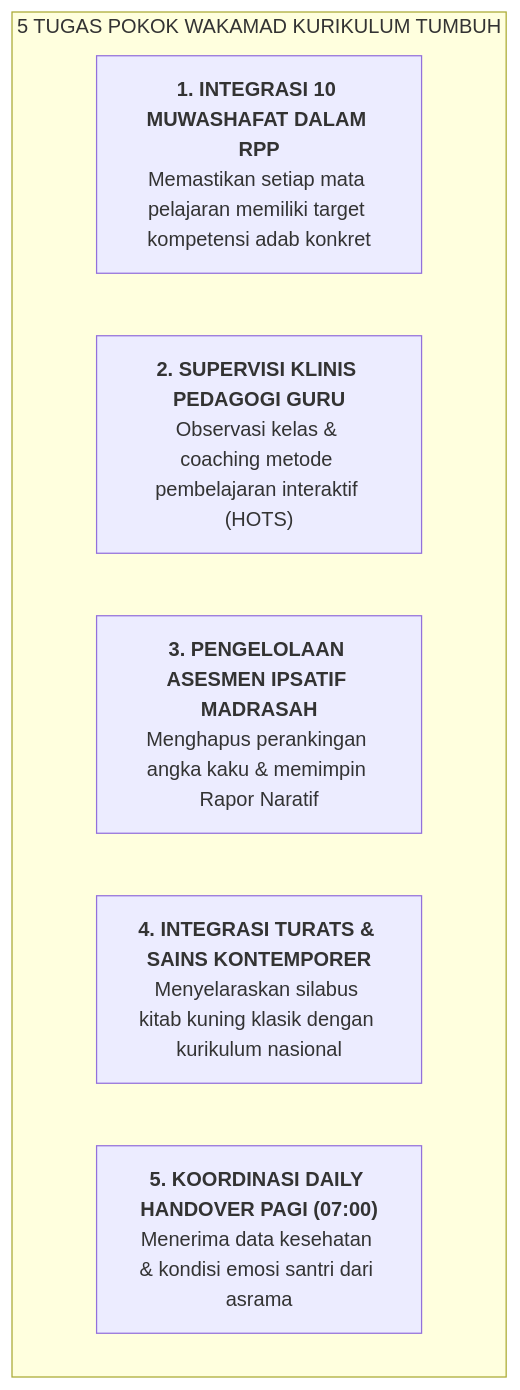
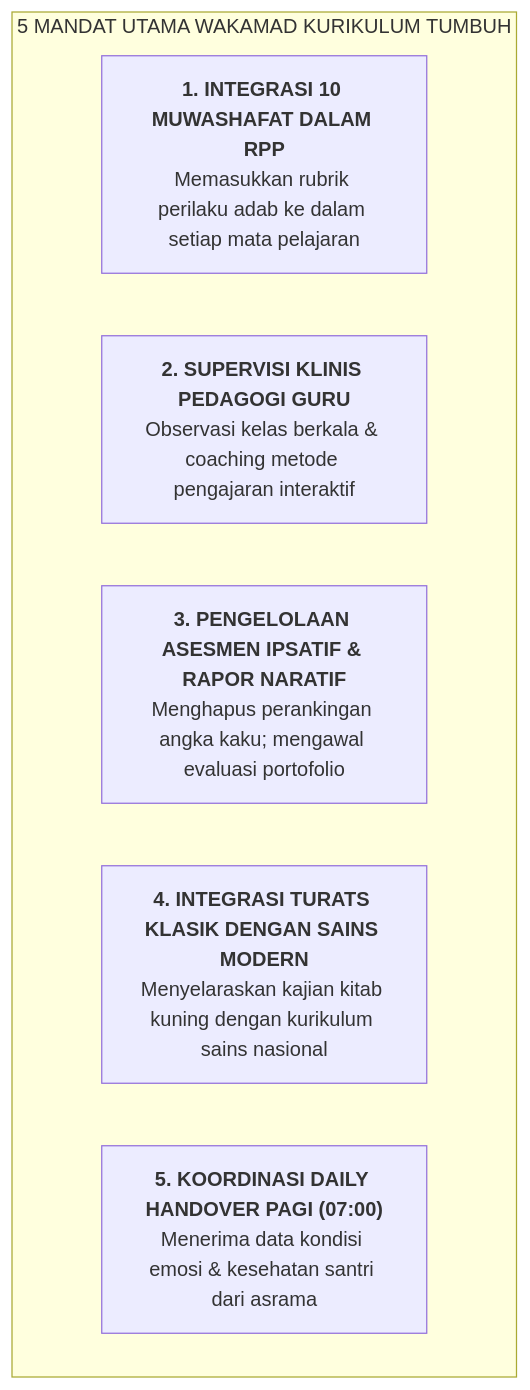
The diagram in BOOK Series 2/Volume-05-Manual-Operasional-SOP-24Jam-dan-Tata-Kelola/Bab-04-Integrasi-4-Pilar-Wakamad/02-Tupoksi-Wakamad-Kurikulum.md (wandiapriliyandi/tumbuh), drawn with Mermaid before and after one commit. The commit also changed other lines of this file and 61 other files, not shown here.

````diff
--- a/BOOK Series 2/Volume-05-Manual-Operasional-SOP-24Jam-dan-Tata-Kelola/Bab-04-Integrasi-4-Pilar-Wakamad/02-Tupoksi-Wakamad-Kurikulum.md
+++ b/BOOK Series 2/Volume-05-Manual-Operasional-SOP-24Jam-dan-Tata-Kelola/Bab-04-Integrasi-4-Pilar-Wakamad/02-Tupoksi-Wakamad-Kurikulum.md
@@ -9,10 +13,10 @@
 ```mermaid
 flowchart TD
-    subgraph MandatKurikulum["5 TUGAS POKOK WAKAMAD KURIKULUM TUMBUH"]
-        M1["<b>1. INTEGRASI 10 MUWASHAFAT DALAM RPP</b><br/>Memastikan setiap mata pelajaran memiliki target kompetensi adab konkret"]
-        M2["<b>2. SUPERVISI KLINIS PEDAGOGI GURU</b><br/>Observasi kelas & coaching metode pembelajaran interaktif (HOTS)"]
-        M3["<b>3. PENGELOLAAN ASESMEN IPSATIF MADRASAH</b><br/>Menghapus perankingan angka kaku & memimpin Rapor Naratif"]
-        M4["<b>4. INTEGRASI TURATS & SAINS KONTEMPORER</b><br/>Menyelaraskan silabus kitab kuning klasik dengan kurikulum nasional"]
-        M5["<b>5. KOORDINASI DAILY HANDOVER PAGI (07:00)</b><br/>Menerima data kesehatan & kondisi emosi santri dari asrama"]
+    subgraph MandatKurikulum["5 MANDAT UTAMA WAKAMAD KURIKULUM TUMBUH"]
+        M1["<b>1. INTEGRASI 10 MUWASHAFAT DALAM RPP</b><br/>Memasukkan rubrik perilaku adab ke dalam setiap mata pelajaran"]
+        M2["<b>2. SUPERVISI KLINIS PEDAGOGI GURU</b><br/>Observasi kelas berkala & coaching metode pengajaran interaktif"]
+        M3["<b>3. PENGELOLAAN ASESMEN IPSATIF & RAPOR NARATIF</b><br/>Menghapus perankingan angka kaku; mengawal evaluasi portofolio"]
+        M4["<b>4. INTEGRASI TURATS KLASIK DENGAN SAINS MODERN</b><br/>Menyelaraskan kajian kitab kuning dengan kurikulum sains nasional"]
+        M5["<b>5. KOORDINASI DAILY HANDOVER PAGI (07:00)</b><br/>Menerima data kondisi emosi & kesehatan santri dari asrama"]
     end
 ```
````
